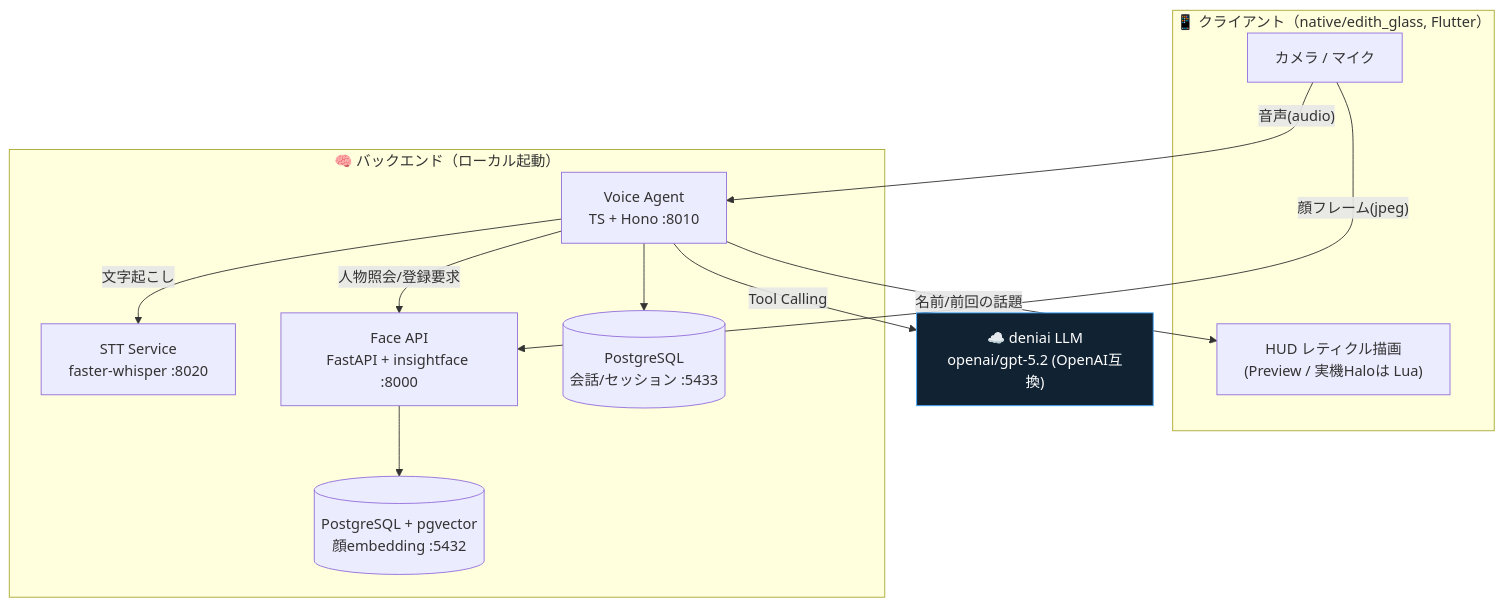
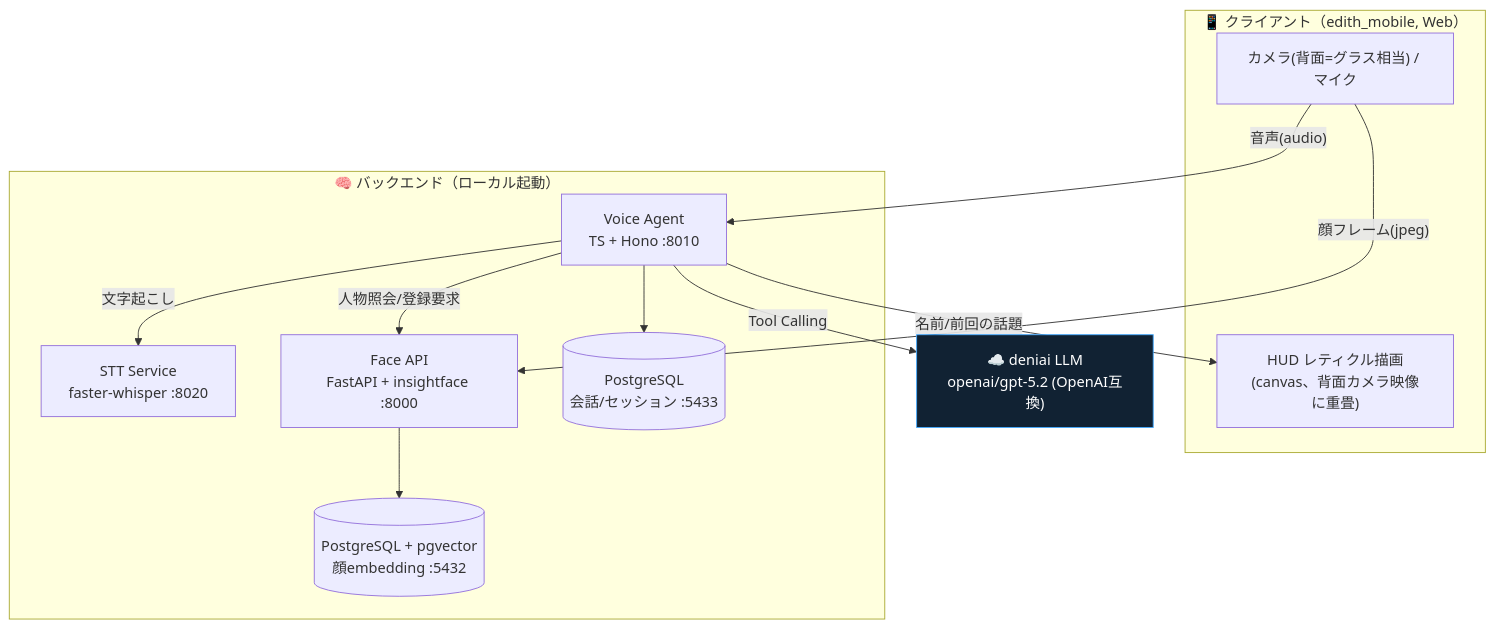
Before and after one commit to tanahiro2010/edith: the first of 6 diagrams in docs/architecture.md, drawn with Mermaid. The commit also changed other lines of this file and 3 other files, not shown here.

````diff
--- a/docs/architecture.md
+++ b/docs/architecture.md
@@ -21,30 +27,30 @@
 ```mermaid
 graph TD
-    subgraph Client["📱 クライアント（native/edith_glass, Flutter）"]
-        HUD["HUD レティクル描画<br/>(Preview / 実機Haloは Lua)"]
-        CAM["カメラ / マイク"]
+    subgraph Client["📱 クライアント（edith_mobile, Web）"]
+        HUD["HUD レティクル描画<br/>(canvas、背面カメラ映像に重畳)"]
+        CAM["カメラ(背面=グラス相当) / マイク"]
     end
 
     subgraph Backend["🧠 バックエンド（ローカル起動）"]
         VA["Voice Agent<br/>TS + Hono :8010"]
         STT["STT Service<br/>faster-whisper :8020"]
         FACE["Face API<br/>FastAPI + insightface :8000"]
         PGA[("PostgreSQL<br/>会話/セッション :5433")]
         PGF[("PostgreSQL + pgvector<br/>顔embedding :5432")]
     end
 
     LLM["☁️ deniai LLM<br/>openai/gpt-5.2 (OpenAI互換)"]
 
     CAM -->|"音声(audio)"| VA
     CAM -->|"顔フレーム(jpeg)"| FACE
     VA -->|"名前/前回の話題"| HUD
 
     VA -->|"文字起こし"| STT
     VA -->|"Tool Calling"| LLM
     VA -->|"人物照会/登録要求"| FACE
     VA --> PGA
     FACE --> PGF
 
     classDef cloud fill:#123,stroke:#4af,color:#fff
     class LLM cloud
 ```
````
